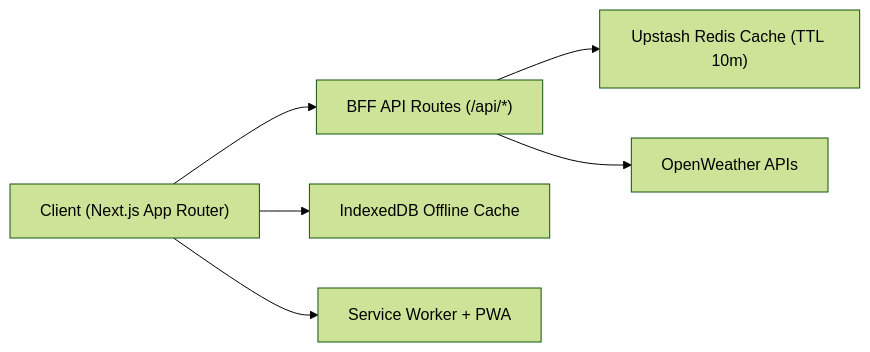
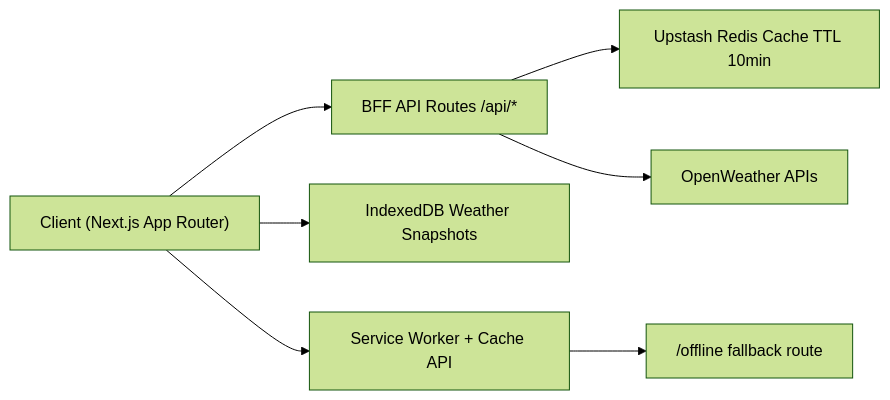
One commit to shivamsingh190103/LuxuryWeather changed the diagram in README.md. Above: the diagram before and after it, drawn with Mermaid (forest theme). The commit also changed other lines of this file and 14 other files, not shown here.

````diff
--- a/README.md
+++ b/README.md
@@ -23,8 +21,9 @@
 ```mermaid
 flowchart LR
-  A["Client (Next.js App Router)"] --> B["BFF API Routes (/api/*)"]
-  B --> C["Upstash Redis Cache (TTL 10m)"]
+  A["Client (Next.js App Router)"] --> B["BFF API Routes /api/*"]
+  B --> C["Upstash Redis Cache TTL 10min"]
   B --> D["OpenWeather APIs"]
-  A --> E["IndexedDB Offline Cache"]
-  A --> F["Service Worker + PWA"]
+  A --> E["IndexedDB Weather Snapshots"]
+  A --> F["Service Worker + Cache API"]
+  F --> G["/offline fallback route"]
 ```
````
